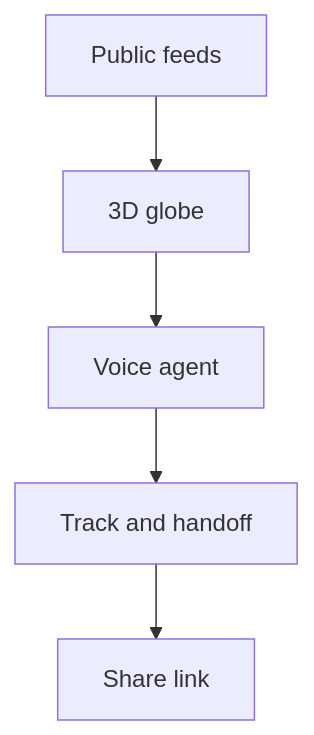
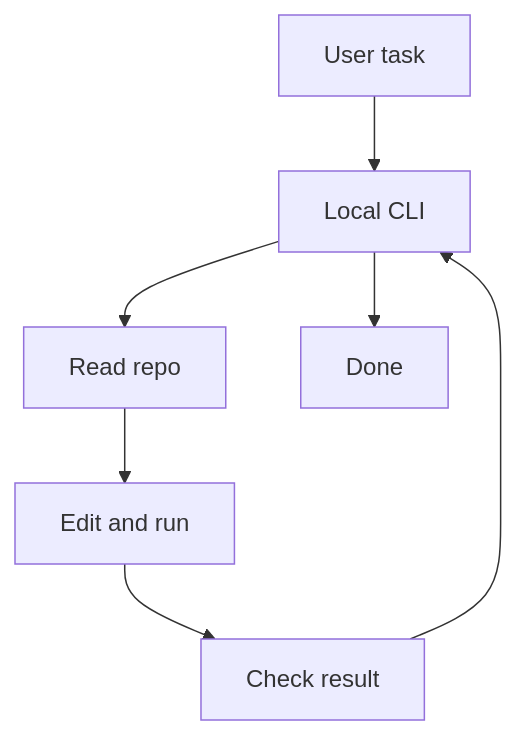
Diagram 17 of 18 in digests/2026-09-02.md (Solvement/jarvis-digest), drawn with Mermaid before and after one commit. The commit also changed other lines of this file and 4 other files, not shown here.

````diff
--- a/digests/2026-09-02.md
+++ b/digests/2026-09-02.md
@@ -485,12 +486,9 @@
 ```mermaid
 graph TD
-A[Public feeds]
-B[3D globe]
-C[Voice agent]
-D[Track and handoff]
-E[Share link]
-A-->B
-B-->C
-C-->D
-D-->E
+A[User task] --> B[Local CLI]
+B --> C[Read repo]
+C --> D[Edit and run]
+D --> E[Check result]
+E --> B
+B --> F[Done]
 ```
````
